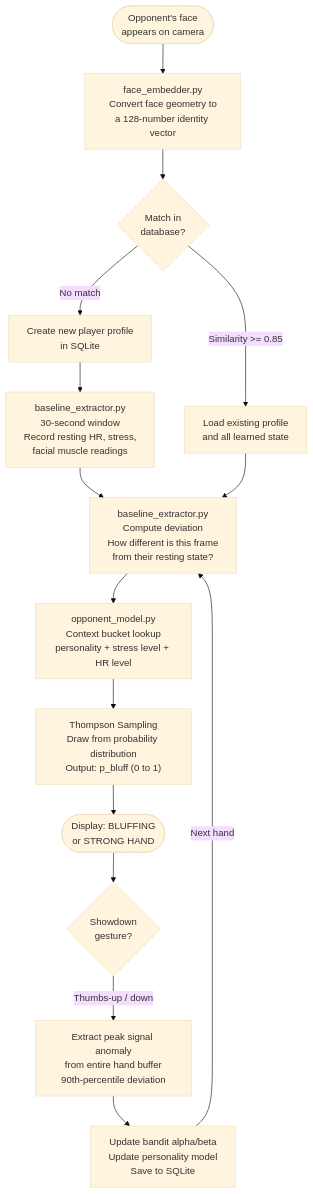
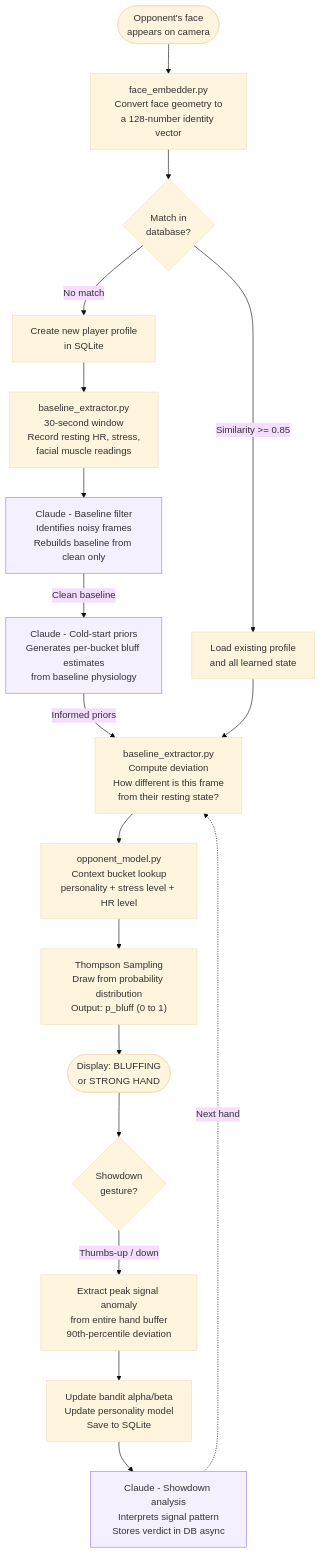
One commit to Dee-1862/PokerFace changed the first of 6 diagrams in adaptive_learning/README.md. Above: the diagram before and after it, drawn with Mermaid (base theme). The commit also changed 29 other files, not shown here.

````diff
--- a/adaptive_learning/README.md
+++ b/adaptive_learning/README.md
@@ -13,24 +13,35 @@
 ```mermaid
 flowchart TD
     A([Opponent's face<br/>appears on camera])
     B["face_embedder.py<br/>Convert face geometry to<br/>a 128-number identity vector"]
     C{Match in<br/>database?}
     D["Create new player profile<br/>in SQLite"]
     E["baseline_extractor.py<br/>30-second window<br/>Record resting HR, stress,<br/>facial muscle readings"]
     F["Load existing profile<br/>and all learned state"]
     G["baseline_extractor.py<br/>Compute deviation<br/>How different is this frame<br/>from their resting state?"]
     H["opponent_model.py<br/>Context bucket lookup<br/>personality + stress level + HR level"]
     I["Thompson Sampling<br/>Draw from probability distribution<br/>Output: p_bluff (0 to 1)"]
     J([Display: BLUFFING<br/>or STRONG HAND])
     K{Showdown<br/>gesture?}
     L["Extract peak signal anomaly<br/>from entire hand buffer<br/>90th-percentile deviation"]
     M["Update bandit alpha/beta<br/>Update personality model<br/>Save to SQLite"]
 
+    C1["Claude - Baseline filter<br/>Identifies noisy frames<br/>Rebuilds baseline from clean only"]
+    C2["Claude - Cold-start priors<br/>Generates per-bucket bluff estimates<br/>from baseline physiology"]
+    C3["Claude - Showdown analysis<br/>Interprets signal pattern<br/>Stores verdict in DB async"]
+
     A --> B --> C
-    C -->|No match| D --> E --> G
+    C -->|No match| D --> E --> C1
+    C1 -->|Clean baseline| C2
+    C2 -->|Informed priors| G
     C -->|Similarity >= 0.85| F --> G
     G --> H --> I --> J
     J --> K
     K -->|Thumbs-up / down| L --> M
-    M -->|Next hand| G
+    M --> C3
+    C3 -.->|Next hand| G
+
+    style C1 fill:#f5f0ff,stroke:#9b7fe8
+    style C2 fill:#f5f0ff,stroke:#9b7fe8
+    style C3 fill:#f5f0ff,stroke:#9b7fe8
 ```
````
